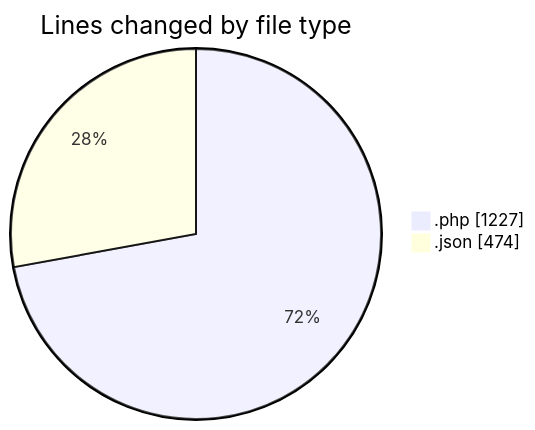
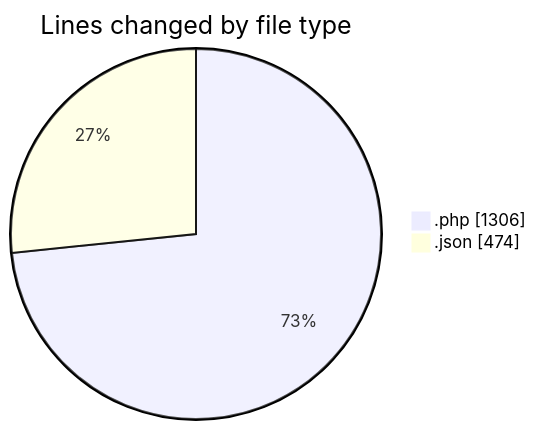
Before and after one commit to idhammustaqopulfikri/code-tracking: the first of 2 diagrams in 2025-06-02/studio-backend/README.md, drawn with Mermaid. The commit also changed other lines of this file and 1 other file, not shown here.

````diff
--- a/2025-06-02/studio-backend/README.md
+++ b/2025-06-02/studio-backend/README.md
@@ -37,6 +38,6 @@
 ```mermaid
 pie showData
 title Lines changed by file type
-".php" : 1227
+".php" : 1306
 ".json" : 474
 ```
````
